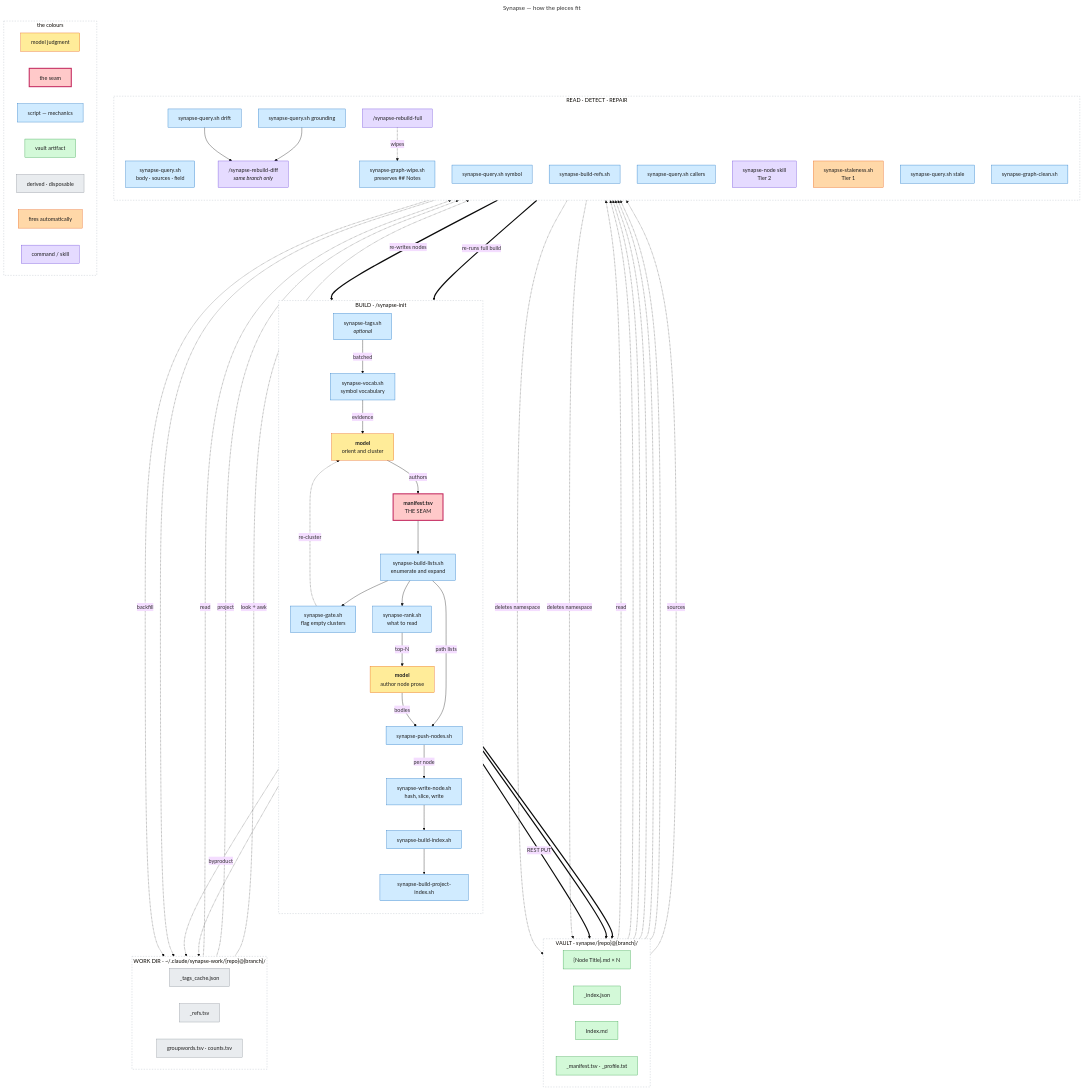
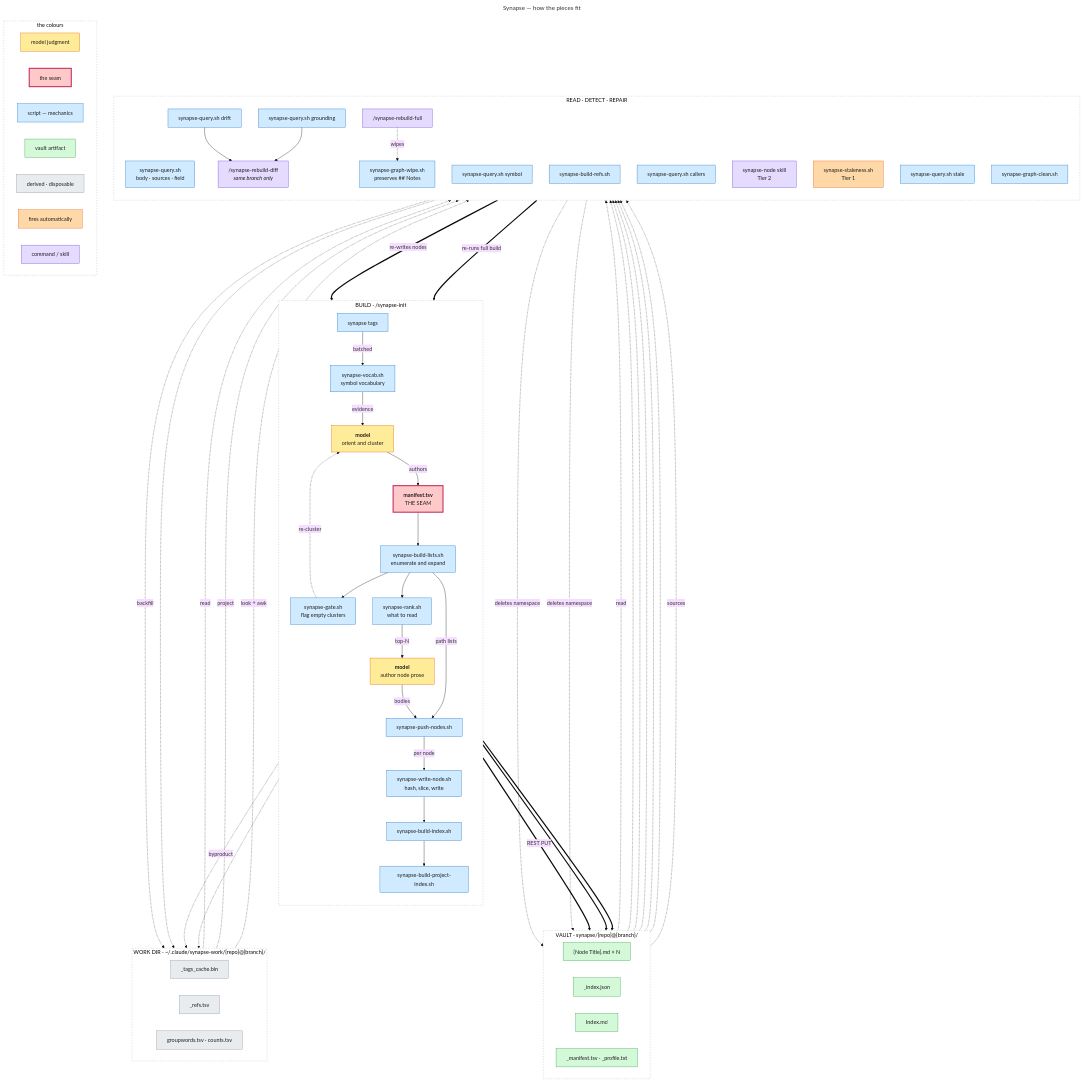
Before and after one commit to imunitic/synapse: the diagram in docs/diagrams/synapse-pipeline.mmd, drawn with Mermaid (base theme). The commit also changed 34 other files, not shown here.

```diff
--- a/docs/diagrams/synapse-pipeline.mmd
+++ b/docs/diagrams/synapse-pipeline.mmd
@@ -1,154 +1,154 @@
 ---
 title: Synapse — how the pieces fit
 ---
 %% Colour carries the lane: what the MODEL judges, what a SCRIPT executes, what
 %% lands in the VAULT, and what is merely DERIVED into the work dir. Subgraphs
 %% carry the phase.
 %% --
 %% Read the yellow boxes' arrows in both directions and the whole design is
 %% there. Blue enters yellow twice -- vocabulary into clustering, ranked files
 %% into authoring -- and that is the evidence a judgment is made over, derived
 %% mechanically rather than gathered by hand. Yellow leaves for blue twice --
 %% manifest.tsv and the authored bodies -- and that is the seam, the only place
 %% interpretation is handed back to the scripts. Everything else is mechanical.
 %% --
 %% Boxes carry NAMES, not descriptions. What each one actually does lives in the
 %% reference table under this diagram in docs/synapse-graph.md. A box holding four
 %% lines of mechanism is a paragraph in a rectangle: it cannot be read at a glance,
 %% which is the only thing a diagram is better at than prose. Keep labels to a name
 %% plus at most a three-word role, and put the detail in the table.
 %% --
 %% Separator lines are `%% --`, never a bare `%%`: an empty comment swallows the
 %% following newline, so the next line is parsed glued onto it -- a bare `%%`
 %% directly above `flowchart TB` fails with "Parse error on line 1: %%flowchart".
 flowchart TB
     classDef model fill:#ffec99,stroke:#e8590c,color:#1e1e1e
     classDef seam fill:#ffc9c9,stroke:#c2255c,color:#1e1e1e,stroke-width:3px
     classDef script fill:#d0ebff,stroke:#1971c2,color:#1e1e1e
     classDef vault fill:#d3f9d8,stroke:#2f9e44,color:#1e1e1e
     classDef work fill:#e9ecef,stroke:#868e96,color:#1e1e1e
     classDef hook fill:#ffd8a8,stroke:#e8590c,color:#1e1e1e
     classDef cmd fill:#e5dbff,stroke:#6741d9,color:#1e1e1e
 
     subgraph BUILD["BUILD · /synapse-init"]
         direction TB
-        TAGS["synapse-tags.sh<br/><i>optional</i>"]
+        TAGS["synapse tags"]
         VOCAB["synapse-vocab.sh<br/>symbol vocabulary"]
         ORIENT["<b>model</b><br/>orient and cluster"]
         MANIFEST["<b>manifest.tsv</b><br/>THE SEAM"]
         LISTS["synapse-build-lists.sh<br/>enumerate and expand"]
         GATE["synapse-gate.sh<br/>flag empty clusters"]
         RANK["synapse-rank.sh<br/>what to read"]
         PROSE["<b>model</b><br/>author node prose"]
         PUSH["synapse-push-nodes.sh"]
         WRITE["synapse-write-node.sh<br/>hash, slice, write"]
         IDX["synapse-build-index.sh"]
         PIDX["synapse-build-project-index.sh"]
 
         TAGS -->|"batched"| VOCAB
         VOCAB -->|"evidence"| ORIENT
         ORIENT -->|"authors"| MANIFEST
         MANIFEST --> LISTS
         LISTS --> GATE
         GATE -.->|"re-cluster"| ORIENT
         LISTS --> RANK
         RANK -->|"top-N"| PROSE
         LISTS -->|"path lists"| PUSH
         PROSE -->|"bodies"| PUSH
         PUSH -->|"per node"| WRITE
         WRITE --> IDX --> PIDX
     end
 
     subgraph VAULT["VAULT · synapse/{repo}@{branch}/"]
         direction LR
         NODE["{Node Title}.md × N"]
         JSON["_index.json"]
         INDEX["Index.md"]
         AUX["_manifest.tsv · _profile.txt"]
     end
 
     subgraph WORK["WORK DIR · ~/.claude/synapse-work/{repo}@{branch}/"]
         direction LR
-        TAGSCACHE["_tags_cache.json"]
+        TAGSCACHE["_tags_cache.bin"]
         REFSIDX["_refs.tsv"]
         WORDS["groupwords.tsv · counts.tsv"]
     end
 
     WRITE ==>|"REST PUT"| NODE
     IDX ==> JSON
     PIDX ==> INDEX
     WRITE -.->|"byproduct"| TAGSCACHE
     VOCAB -.-> WORDS
 
     subgraph USE["READ · DETECT · REPAIR"]
         direction TB
         QUERY["synapse-query.sh<br/>body · sources · field"]
         SYMBOL["synapse-query.sh symbol"]
         REFS["synapse-build-refs.sh"]
         CALLERS["synapse-query.sh callers"]
         NODESKILL["synapse-node skill<br/>Tier 2"]
         STALE1["synapse-staleness.sh<br/>Tier 1"]
         STALE2["synapse-query.sh stale"]
         DRIFT["synapse-query.sh drift"]
         GROUND["synapse-query.sh grounding"]
         REBUILDDIFF["/synapse-rebuild-diff<br/><i>same branch only</i>"]
         REBUILDFULL["/synapse-rebuild-full"]
         CLEAN["synapse-graph-clean.sh"]
         WIPE["synapse-graph-wipe.sh<br/>preserves ## Notes"]
 
         DRIFT --> REBUILDDIFF
         GROUND --> REBUILDDIFF
         REBUILDFULL -.->|"wipes"| WIPE
     end
 
     NODE -.->|"read"| QUERY
     NODE -.-> NODESKILL
     JSON -.-> STALE1
     NODE -.-> STALE2
     NODE -.-> DRIFT
     NODE -.-> GROUND
     NODE -.->|"sources"| SYMBOL
     TAGSCACHE -.->|"read"| SYMBOL
     SYMBOL -.->|"backfill"| TAGSCACHE
     TAGSCACHE -.->|"project"| REFS
     REFS -.-> REFSIDX
     REFSIDX -.->|"look + awk"| CALLERS
     REBUILDDIFF ==>|"re-writes nodes"| WRITE
     REBUILDFULL ==>|"re-runs full build"| BUILD
     CLEAN -.->|"deletes namespace"| NODE
     WIPE -.->|"deletes namespace"| NODE
 
     class ORIENT,PROSE model
     class MANIFEST seam
     class LISTS,PUSH,WRITE,IDX,PIDX,TAGS,VOCAB,GATE,RANK,QUERY,SYMBOL,REFS,CALLERS,STALE2,DRIFT,GROUND,CLEAN,WIPE script
     class NODE,JSON,INDEX,AUX vault
     class TAGSCACHE,REFSIDX,WORDS work
     class STALE1 hook
     class REBUILDDIFF,REBUILDFULL,NODESKILL cmd
 
     subgraph KEY["the colours"]
         direction LR
         K1["model judgment"]
         K2["the seam"]
         K3["script — mechanics"]
         K4["vault artifact"]
         K7["derived · disposable"]
         K5["fires automatically"]
         K6["command / skill"]
     end
     class K1 model
     class K2 seam
     class K3 script
     class K4 vault
     class K7 work
     class K5 hook
     class K6 cmd
 
     %% Neutral subgraph fills: the default pale yellow competes with the model
     %% lane's own yellow, and the point of the palette is that the lane is
     %% readable at a glance.
     style BUILD fill:#ffffff,stroke:#adb5bd,stroke-dasharray:4 4
     style VAULT fill:#ffffff,stroke:#adb5bd,stroke-dasharray:4 4
     style WORK fill:#ffffff,stroke:#adb5bd,stroke-dasharray:4 4
     style USE fill:#ffffff,stroke:#adb5bd,stroke-dasharray:4 4
     style KEY fill:#ffffff,stroke:#adb5bd,stroke-dasharray:4 4
```
